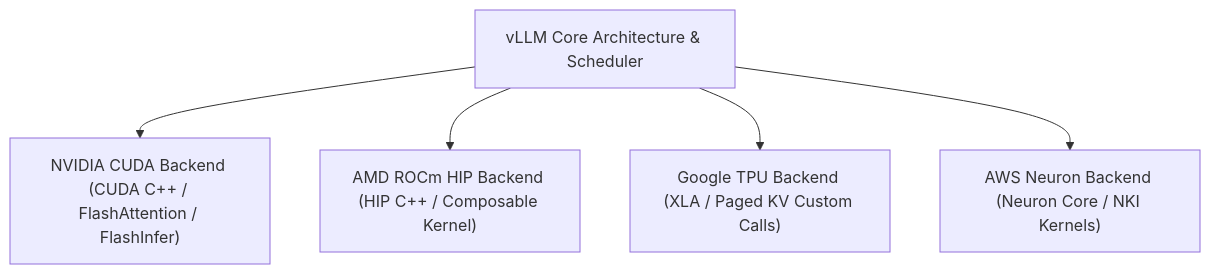
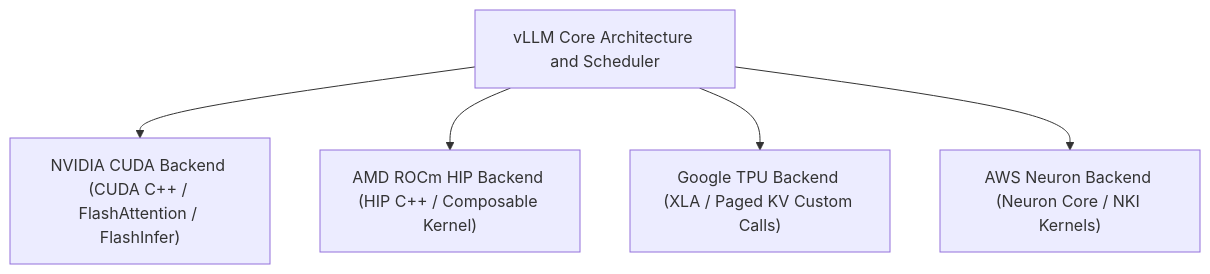
Before and after one commit to Marinette101/vllm-learning-notes: the fifth of 5 diagrams in docs/en/04_hardware_and_kernel_optimization.md, drawn with Mermaid. The commit also changed other lines of this file and 1 other file, not shown here.

Commit message:
Fix Mermaid flowchart in Module 4 Part 2.1 and clean up ampersands/labels across all flowcharts

````diff
--- a/docs/en/04_hardware_and_kernel_optimization.md
+++ b/docs/en/04_hardware_and_kernel_optimization.md
@@ -210,7 +214,7 @@
 ```mermaid
 flowchart TD
-    CORE["vLLM Core Architecture & Scheduler"] --> C_BE["NVIDIA CUDA Backend (CUDA C++ / FlashAttention / FlashInfer)"]
+    CORE["vLLM Core Architecture and Scheduler"] --> C_BE["NVIDIA CUDA Backend (CUDA C++ / FlashAttention / FlashInfer)"]
     CORE --> R_BE["AMD ROCm HIP Backend (HIP C++ / Composable Kernel)"]
     CORE --> T_BE["Google TPU Backend (XLA / Paged KV Custom Calls)"]
     CORE --> N_BE["AWS Neuron Backend (Neuron Core / NKI Kernels)"]
 ```
````
